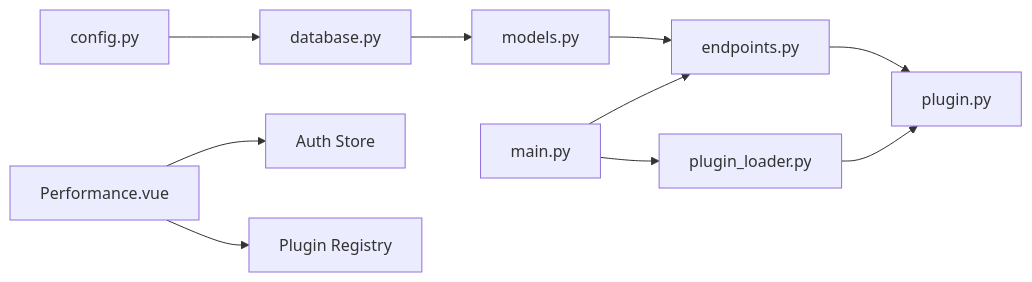
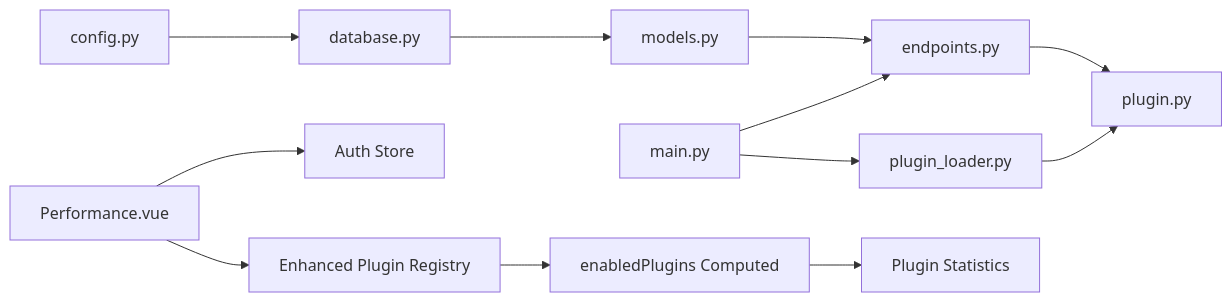
Diagram 11 of 11 in .qoder/repowiki/en/content/Built-in Plugins/Performance Plugin.md (Nikita5543/New-SSO-02), drawn with Mermaid before and after one commit. The commit also changed other lines of this file and 3 other files, not shown here.

````diff
--- a/.qoder/repowiki/en/content/Built-in Plugins/Performance Plugin.md
+++ b/.qoder/repowiki/en/content/Built-in Plugins/Performance Plugin.md
@@ -445,12 +506,14 @@
 ```mermaid
 graph LR
 Config["config.py"] --> DB["database.py"]
 DB --> Models["models.py"]
 Models --> Endpoints["endpoints.py"]
 Endpoints --> Plugin["plugin.py"]
 PluginLoader["plugin_loader.py"] --> Plugin
 Main["main.py"] --> PluginLoader
 Main --> Endpoints
 Vue["Performance.vue"] --> AuthStore["Auth Store"]
-Vue --> PluginRegistry["Plugin Registry"]
+Vue --> PluginRegistry["Enhanced Plugin Registry"]
+PluginRegistry --> EnabledPlugins["enabledPlugins Computed"]
+EnabledPlugins --> PluginStats["Plugin Statistics"]
 ```
````
